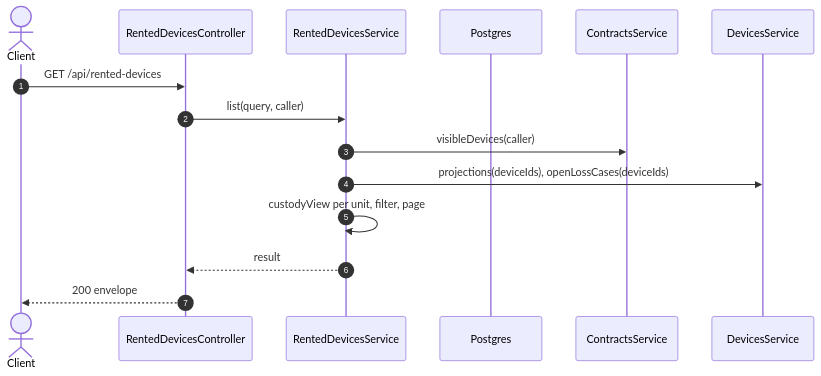
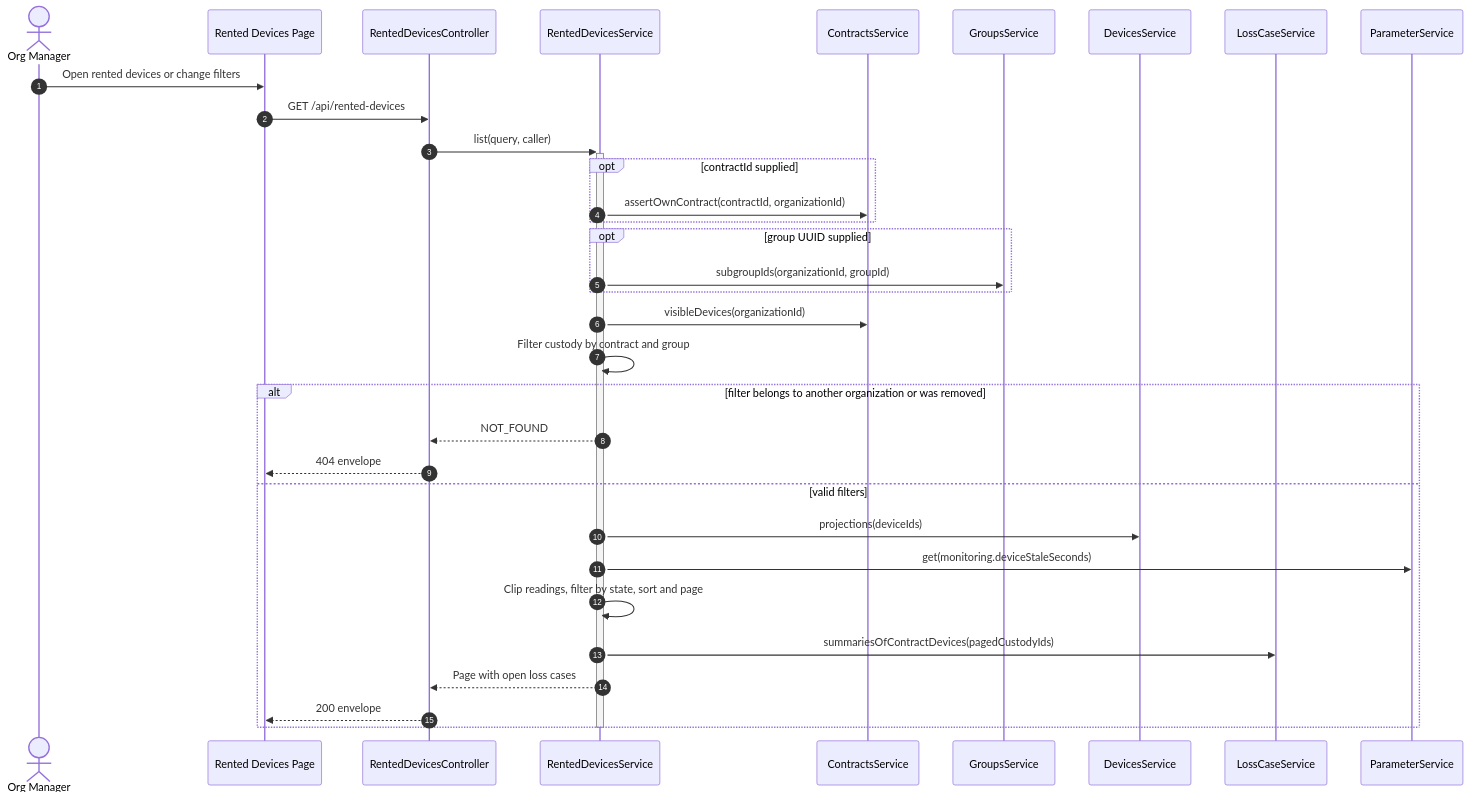
Before and after one commit to TrekLink-Team/treklink-web: the second of 2 diagrams in specs/monitoring/api-design/09-get-rented-devices.md, drawn with Mermaid. The commit also changed other lines of this file and 144 other files, not shown here.

First line of the commit message:
feat: complete rental groups and rented-device console

````diff
--- a/specs/monitoring/api-design/09-get-rented-devices.md
+++ b/specs/monitoring/api-design/09-get-rented-devices.md
@@ -190,17 +190,36 @@
 ```mermaid
 sequenceDiagram
     autonumber
-    actor C as Client
+    actor M as Org Manager
+    participant UI as Rented Devices Page
     participant Ctl as RentedDevicesController
     participant Svc as RentedDevicesService
-    participant DB as Postgres
     participant Ren as ContractsService
+    participant Group as GroupsService
     participant Dev as DevicesService
-    C->>Ctl: GET /api/rented-devices
-    Ctl->>Svc: list(query, caller)
-    Svc->>Ren: visibleDevices(caller)
-    Svc->>Dev: projections(deviceIds), openLossCases(deviceIds)
-    Svc->>Svc: custodyView per unit, filter, page
-    Svc-->>Ctl: result
-    Ctl-->>C: 200 envelope
+    participant Loss as LossCaseService
+    participant Param as ParameterService
+    M->>UI: Open rented devices or change filters
+    UI->>Ctl: GET /api/rented-devices
+    Ctl->>+Svc: list(query, caller)
+    opt contractId supplied
+    Svc->>Ren: assertOwnContract(contractId, organizationId)
+    end
+    opt group UUID supplied
+    Svc->>Group: subgroupIds(organizationId, groupId)
+    end
+    Svc->>Ren: visibleDevices(organizationId)
+    Svc->>Svc: Filter custody by contract and group
+    alt filter belongs to another organization or was removed
+    Svc-->>Ctl: NOT_FOUND
+    Ctl-->>UI: 404 envelope
+    else valid filters
+    Svc->>Dev: projections(deviceIds)
+    Svc->>Param: get(monitoring.deviceStaleSeconds)
+    Svc->>Svc: Clip readings, filter by state, sort and page
+    Svc->>Loss: summariesOfContractDevices(pagedCustodyIds)
+    Svc-->>Ctl: Page with open loss cases
+    Ctl-->>UI: 200 envelope
+    end
+    deactivate Svc
 ```
````
